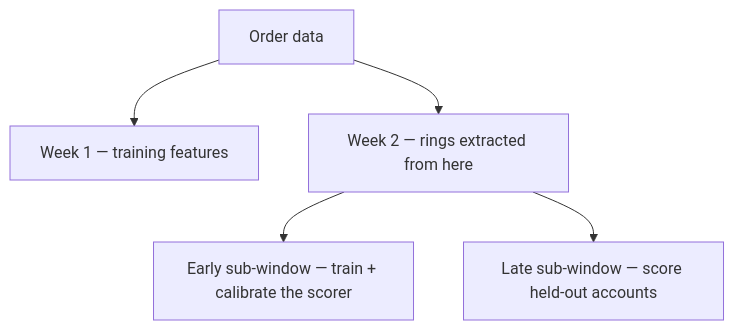
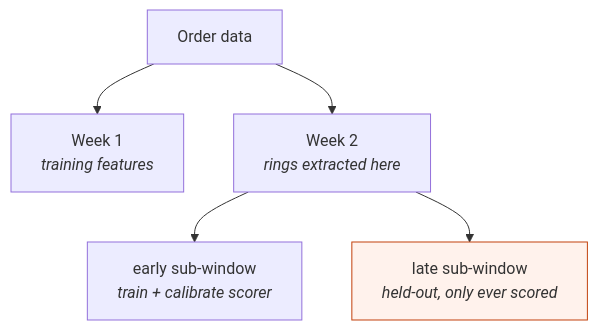
Before and after one commit to adarshcod30/Orbweaver: the second of 3 diagrams in docs/architecture.md, drawn with Mermaid. The commit also changed other lines of this file and 13 other files, not shown here.

````diff
--- a/docs/architecture.md
+++ b/docs/architecture.md
@@ -29,7 +26,8 @@
 ```mermaid
 flowchart TB
-    O[Order data] --> W1[Week 1 — training features]
-    O --> W2[Week 2 — rings extracted from here]
-    W2 --> S1[Early sub-window — train + calibrate the scorer]
-    W2 --> S2[Late sub-window — score held-out accounts]
+    O[Order data] --> W1["Week 1<br/><i>training features</i>"]
+    O --> W2["Week 2<br/><i>rings extracted here</i>"]
+    W2 --> S1["early sub-window<br/><i>train + calibrate scorer</i>"]
+    W2 --> S2["late sub-window<br/><i>held-out, only ever scored</i>"]
+    style S2 fill:#fff2ec,stroke:#c2410c
 ```
````
